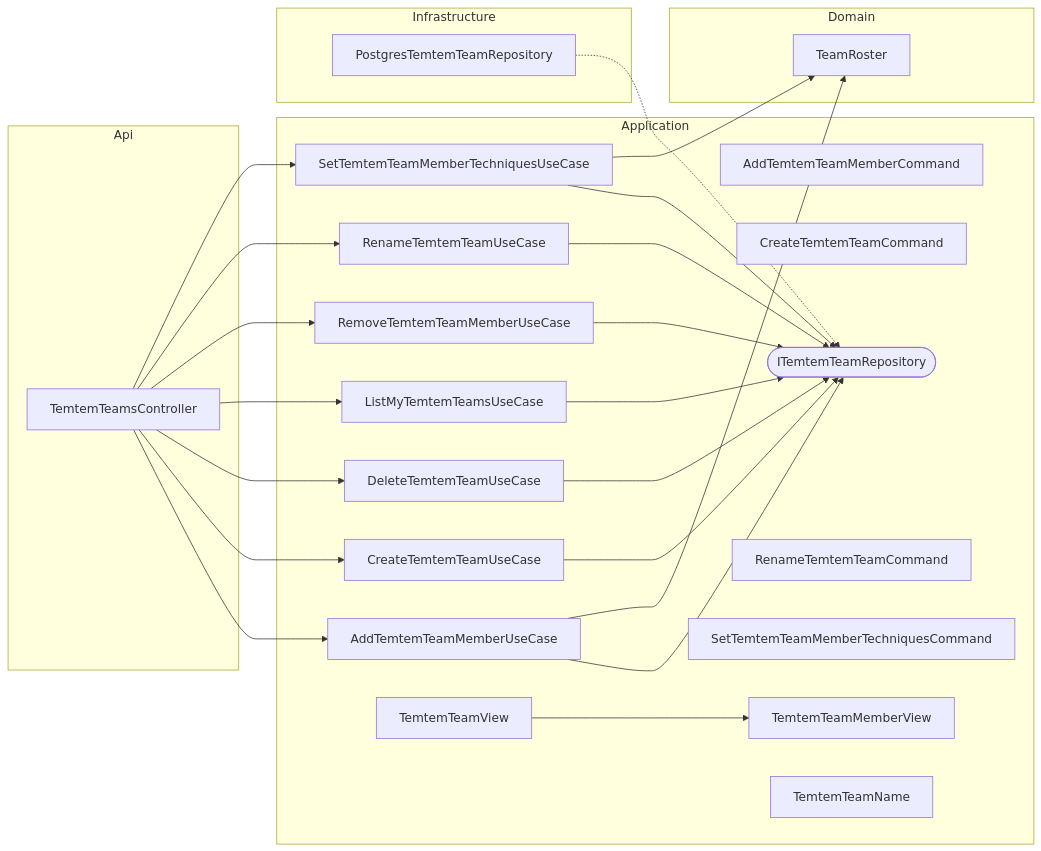
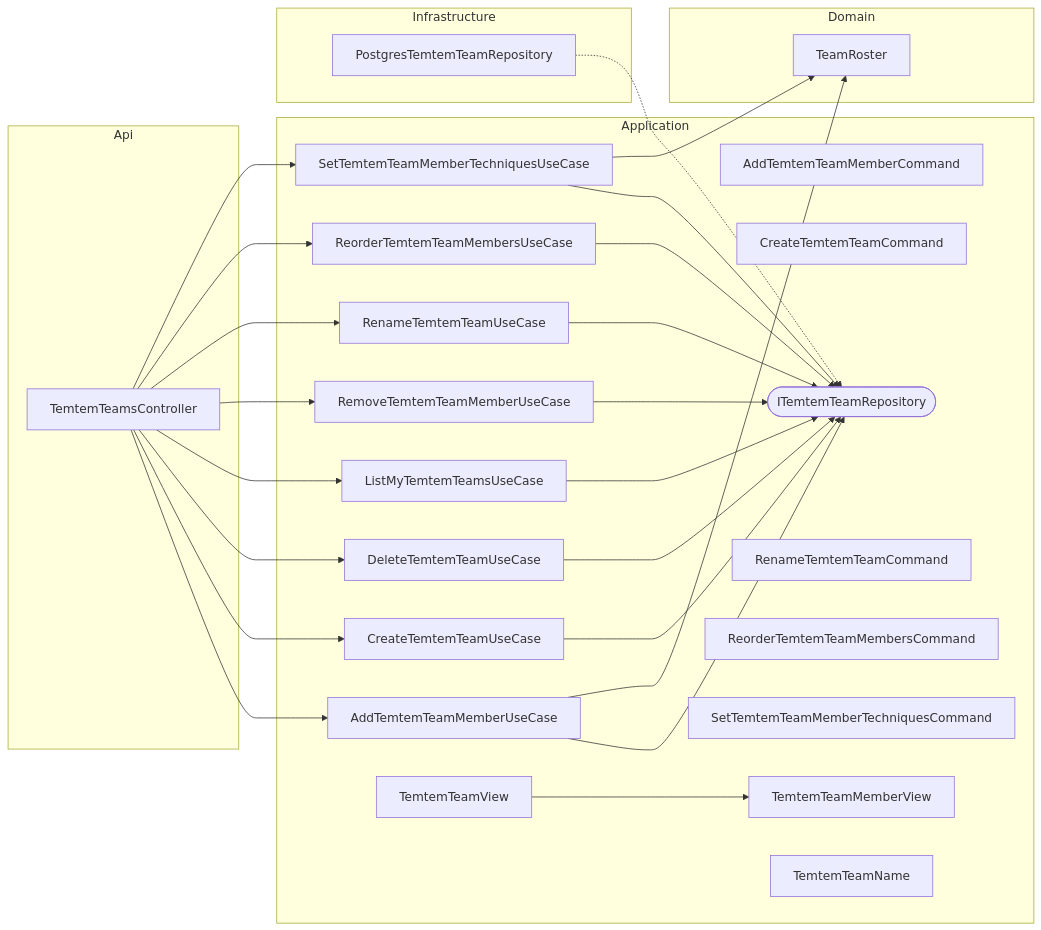
Before and after one commit to huiitre/Tools-app: the diagram in api/docs/diagrams/Temtem/Teams/teams.md, drawn with Mermaid. The commit also changed 21 other files, not shown here.

````diff
--- a/api/docs/diagrams/Temtem/Teams/teams.md
+++ b/api/docs/diagrams/Temtem/Teams/teams.md
@@ -5,47 +5,51 @@
 ```mermaid
 flowchart LR
   subgraph Api
   TemtemTeamsController["TemtemTeamsController"]
   end
   subgraph Application
   AddTemtemTeamMemberCommand["AddTemtemTeamMemberCommand"]
   AddTemtemTeamMemberUseCase["AddTemtemTeamMemberUseCase"]
   CreateTemtemTeamCommand["CreateTemtemTeamCommand"]
   CreateTemtemTeamUseCase["CreateTemtemTeamUseCase"]
   DeleteTemtemTeamUseCase["DeleteTemtemTeamUseCase"]
   ITemtemTeamRepository(["ITemtemTeamRepository"])
   ListMyTemtemTeamsUseCase["ListMyTemtemTeamsUseCase"]
   RemoveTemtemTeamMemberUseCase["RemoveTemtemTeamMemberUseCase"]
   RenameTemtemTeamCommand["RenameTemtemTeamCommand"]
   RenameTemtemTeamUseCase["RenameTemtemTeamUseCase"]
+  ReorderTemtemTeamMembersCommand["ReorderTemtemTeamMembersCommand"]
+  ReorderTemtemTeamMembersUseCase["ReorderTemtemTeamMembersUseCase"]
   SetTemtemTeamMemberTechniquesCommand["SetTemtemTeamMemberTechniquesCommand"]
   SetTemtemTeamMemberTechniquesUseCase["SetTemtemTeamMemberTechniquesUseCase"]
   TemtemTeamMemberView["TemtemTeamMemberView"]
   TemtemTeamName["TemtemTeamName"]
   TemtemTeamView["TemtemTeamView"]
   end
   subgraph Domain
   TeamRoster["TeamRoster"]
   end
   subgraph Infrastructure
   PostgresTemtemTeamRepository["PostgresTemtemTeamRepository"]
   end
   AddTemtemTeamMemberUseCase --> ITemtemTeamRepository
   AddTemtemTeamMemberUseCase --> TeamRoster
   CreateTemtemTeamUseCase --> ITemtemTeamRepository
   DeleteTemtemTeamUseCase --> ITemtemTeamRepository
   ListMyTemtemTeamsUseCase --> ITemtemTeamRepository
   PostgresTemtemTeamRepository -.-> ITemtemTeamRepository
   RemoveTemtemTeamMemberUseCase --> ITemtemTeamRepository
   RenameTemtemTeamUseCase --> ITemtemTeamRepository
+  ReorderTemtemTeamMembersUseCase --> ITemtemTeamRepository
   SetTemtemTeamMemberTechniquesUseCase --> ITemtemTeamRepository
   SetTemtemTeamMemberTechniquesUseCase --> TeamRoster
   TemtemTeamView --> TemtemTeamMemberView
   TemtemTeamsController --> AddTemtemTeamMemberUseCase
   TemtemTeamsController --> CreateTemtemTeamUseCase
   TemtemTeamsController --> DeleteTemtemTeamUseCase
   TemtemTeamsController --> ListMyTemtemTeamsUseCase
   TemtemTeamsController --> RemoveTemtemTeamMemberUseCase
   TemtemTeamsController --> RenameTemtemTeamUseCase
+  TemtemTeamsController --> ReorderTemtemTeamMembersUseCase
   TemtemTeamsController --> SetTemtemTeamMemberTechniquesUseCase
 ```
````
